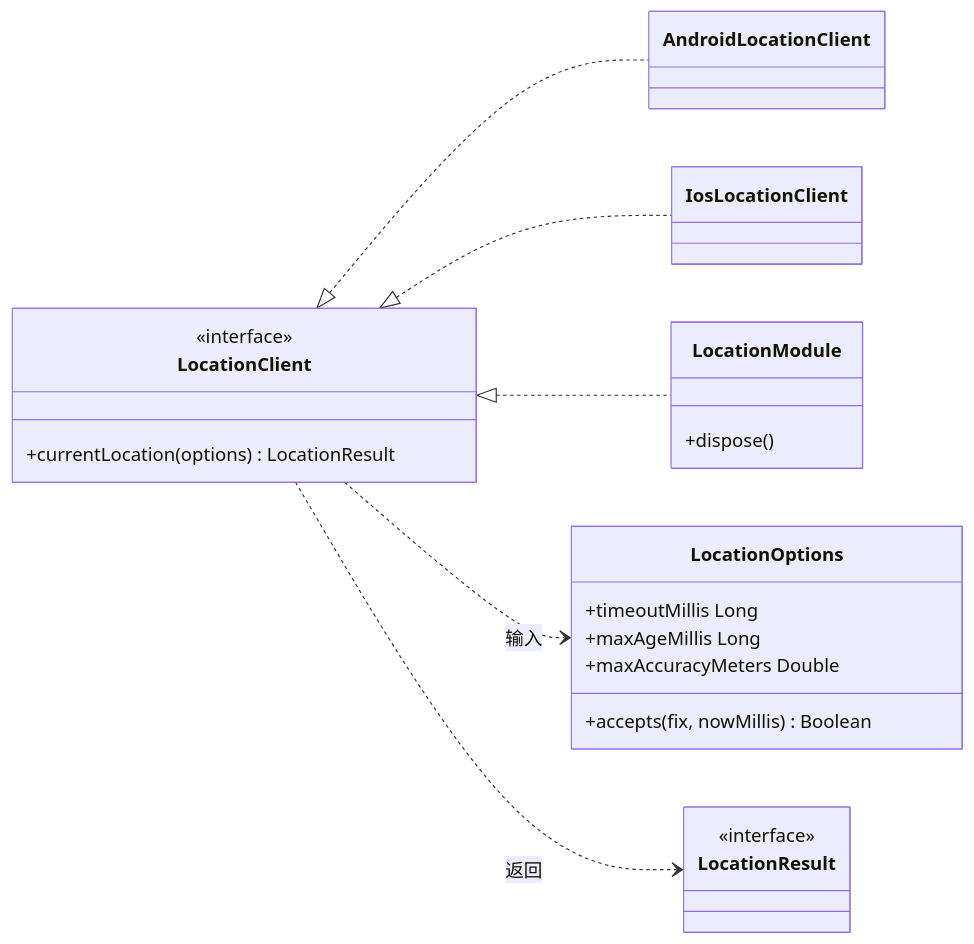
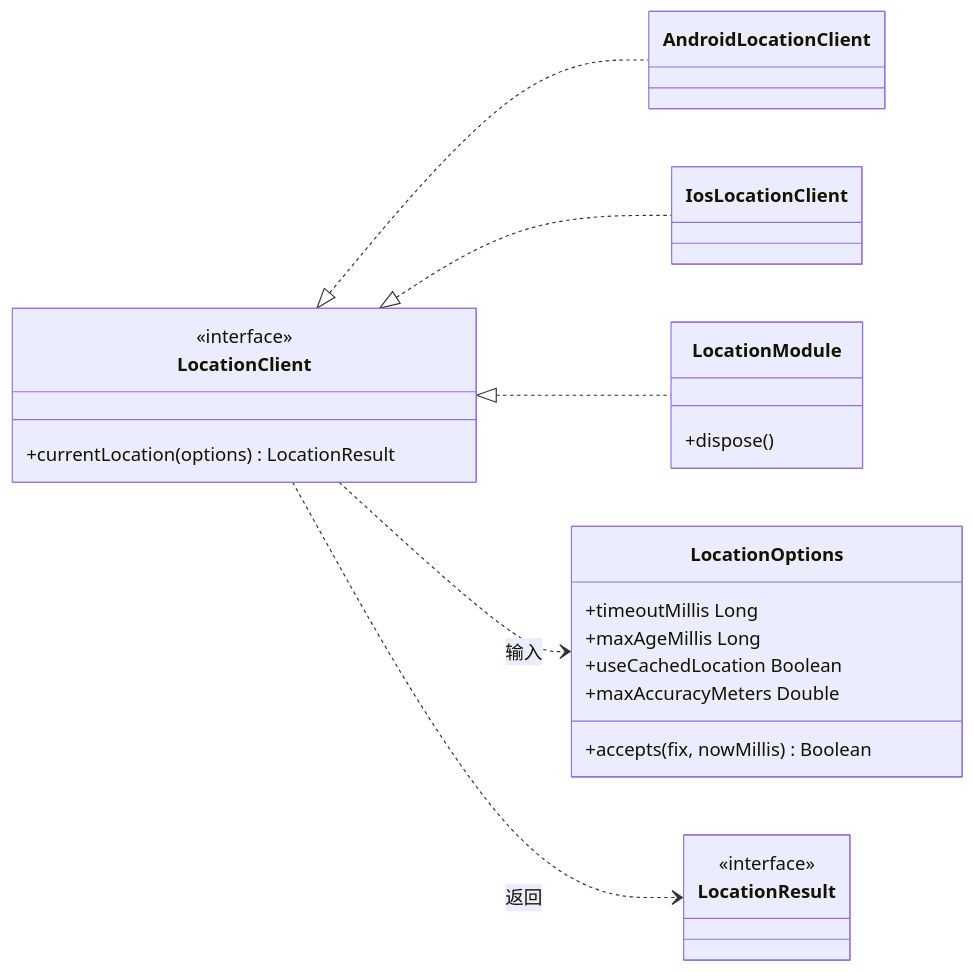
The third of 3 diagrams in README.md (gycrosskit/location), drawn with Mermaid before and after one commit. The commit also changed other lines of this file and 19 other files, not shown here.

````diff
--- a/README.md
+++ b/README.md
@@ -72,27 +74,28 @@
 ```mermaid
 classDiagram
     direction LR
     class LocationClient {
         <<interface>>
         +currentLocation(options) LocationResult
     }
     class AndroidLocationClient
     class IosLocationClient
     class LocationModule {
         +dispose()
     }
     class LocationOptions {
         +timeoutMillis Long
         +maxAgeMillis Long
+        +useCachedLocation Boolean
         +maxAccuracyMeters Double
         +accepts(fix, nowMillis) Boolean
     }
     class LocationResult {
         <<interface>>
     }
     LocationClient <|.. AndroidLocationClient
     LocationClient <|.. IosLocationClient
     LocationClient <|.. LocationModule
     LocationClient ..> LocationOptions : 输入
     LocationClient ..> LocationResult : 返回
 ```
````
